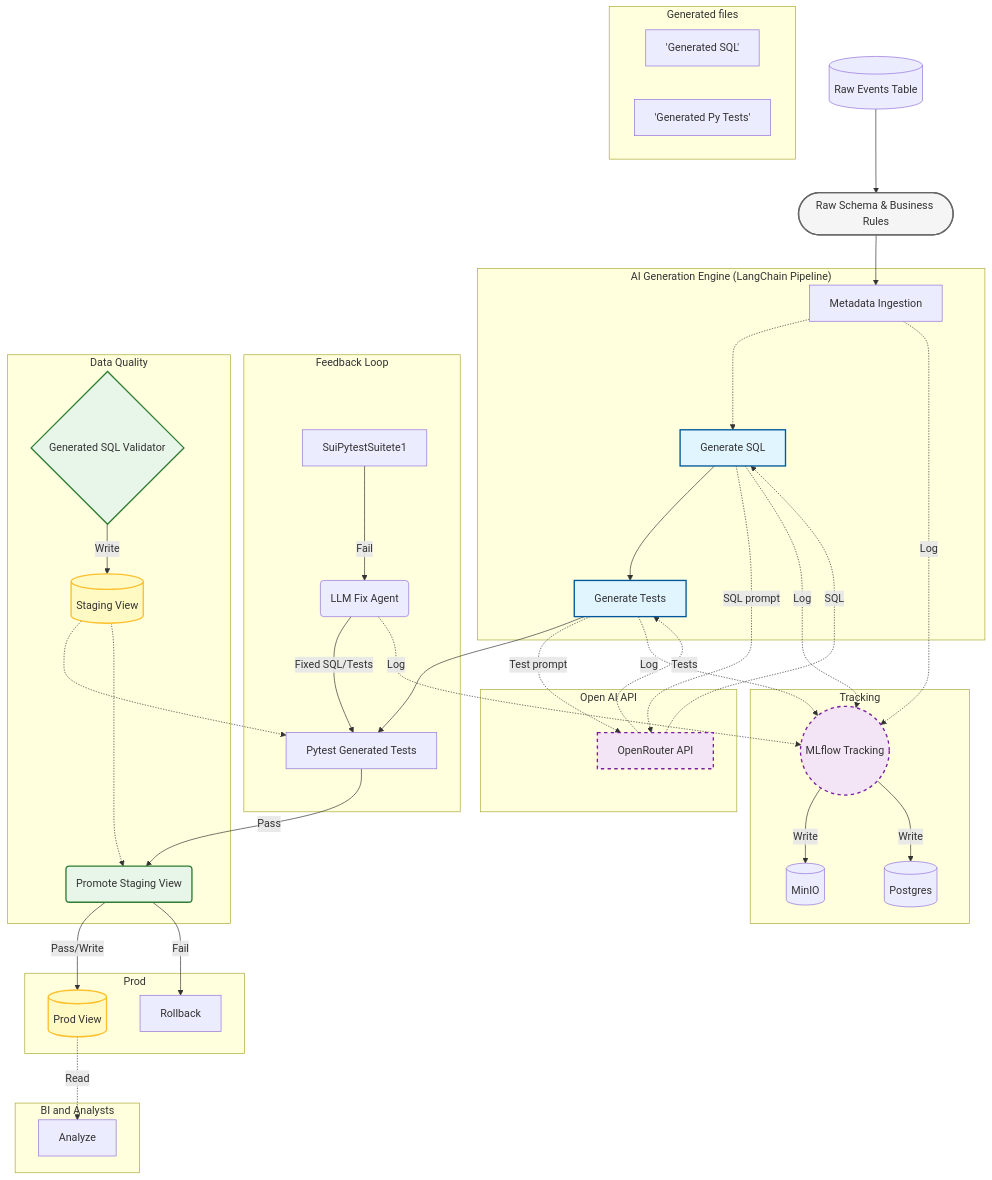
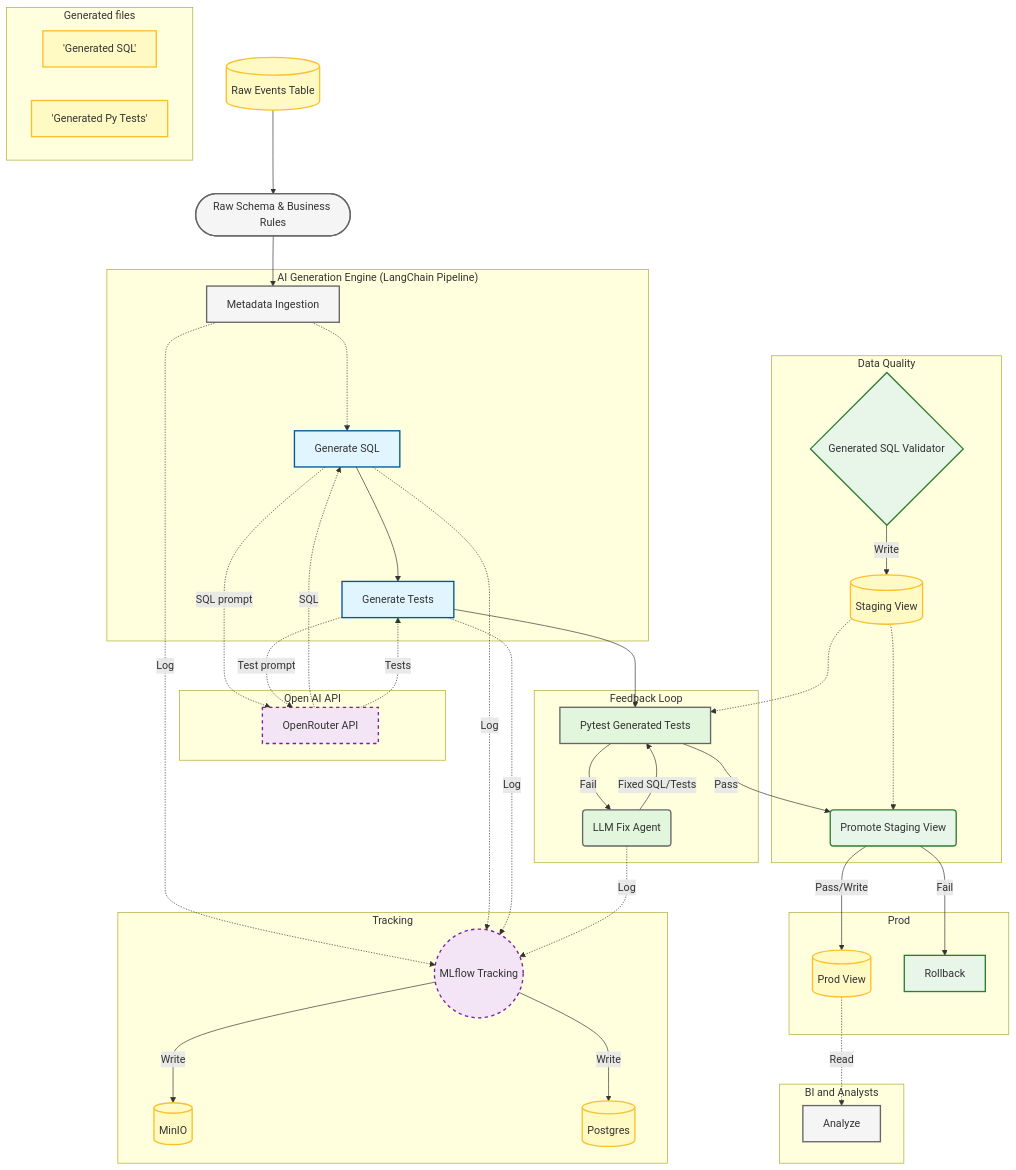
The diagram in README.md (RomanDevyatov/lang-chain-sql-and-test-generator), drawn with Mermaid before and after one commit.

Commit message:
Updated diagram

````diff
--- a/README.md
+++ b/README.md
@@ -10,68 +10,70 @@
 ```mermaid
 graph TD
     
     %% Nodes Definition
     Table[("Raw Events Table")] --> Start
     Start([Raw Schema & Business Rules]) --> Ingestion[Metadata Ingestion]
     
     subgraph "AI Generation Engine (LangChain Pipeline)"
         Ingestion -.-> SQLGenNode[Generate SQL]       
         SQLGenNode --> TestGenNode[Generate Tests]
     end
 
     subgraph "Feedback Loop"
         LLMfixPipeline -->|Fixed SQL/Tests| PytestSuite[Pytest Generated Tests]
-        SuiPytestSuitete1 -->|Fail| LLMfixPipeline(LLM Fix Agent)
+        PytestSuite -->|Fail| LLMfixPipeline(LLM Fix Agent)
         TestGenNode --> PytestSuite        
     end
         
     subgraph "Open AI API"
         OpenRouter -.->|SQL| SQLGenNode 
         OpenRouter -.->|Tests| TestGenNode
         SQLGenNode -.->|SQL prompt| OpenRouter
         TestGenNode -.->|Test prompt| OpenRouter[OpenRouter API]
     end
     
     subgraph "Tracking"
         Ingestion -.->|Log| MLflow
         SQLGenNode -.->|Log| MLflow((MLflow Tracking))
         TestGenNode -.->|Log| MLflow
         LLMfixPipeline -.->|Log| MLflow
         MLflow -->|Write| MinIO[(MinIO)]
         MLflow -->|Write| PostgresMLflow[(Postgres)]    
     end
     
     subgraph "Data Quality"        
         SQLValidator{Generated SQL Validator} -->|Write| Staging[(Staging View)]
         PytestSuite -->|Pass| Executor
         Staging -.-> PytestSuite
         Staging -.-> Executor("Promote Staging View")
     end
     
     subgraph "Generated files"
         GeneratedSql['Generated SQL']
         GeneratedTests['Generated Py Tests']
     end
 
     subgraph "Prod"
-        Executor -->|Pass/Write| Production[(Prod View)]
+        Executor -->|Pass/Write| ProdView[(Prod View)]
         Executor -->|Fail| Rollback[Rollback]
     end
     
     subgraph "BI and Analysts"
-        Production -.->|Read| Analyze
+        ProdView -.->|Read| Analyze
     end
 
     %% Colors and Styles
     classDef startEnd fill:#f5f5f5,stroke:#666,stroke-width:2px,color:#333;
     classDef aiNode fill:#e1f5fe,stroke:#01579b,stroke-width:2px;
+    classDef testNode fill:#e2f6de,stroke:#666,stroke-width:2px;
     classDef storage fill:#fff9c4,stroke:#fbc02d,stroke-width:2px;
     classDef action fill:#e8f5e9,stroke:#2e7d32,stroke-width:2px;
     classDef tracking fill:#f3e5f5,stroke:#7b1fa2,stroke-width:2px,stroke-dasharray: 5 5;
 
-    class Start,End startEnd;
-    class SQLGenNode,TestGenNode,TestGenNode2 aiNode;
-    class Staging,Production storage;
-    class SQLValidator,Executor,Suite action;
+    class Start,Analyze,Ingestion startEnd;
+    class SQLGenNode,TestGenNode aiNode;
+    class Staging,ProdView,MinIO,PostgresMLflow,Table,GeneratedSql,GeneratedTests storage;
+    class SQLValidator,Executor,Suite,Rollback action;
     class MLflow,OpenRouter tracking;
+    class PytestSuite,LLMfixPipeline testNode;
 ```
````
